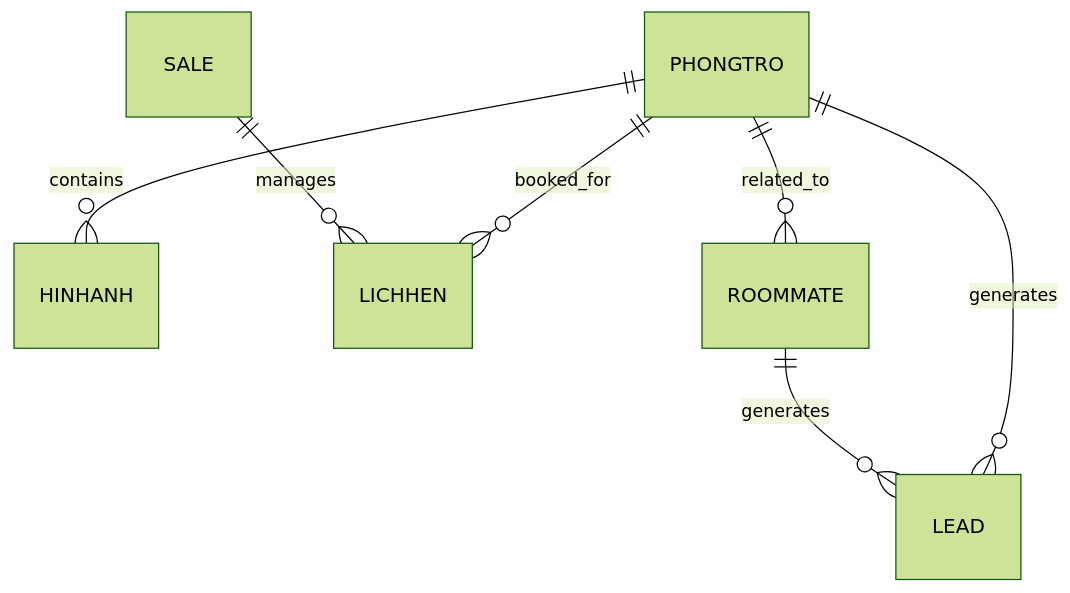
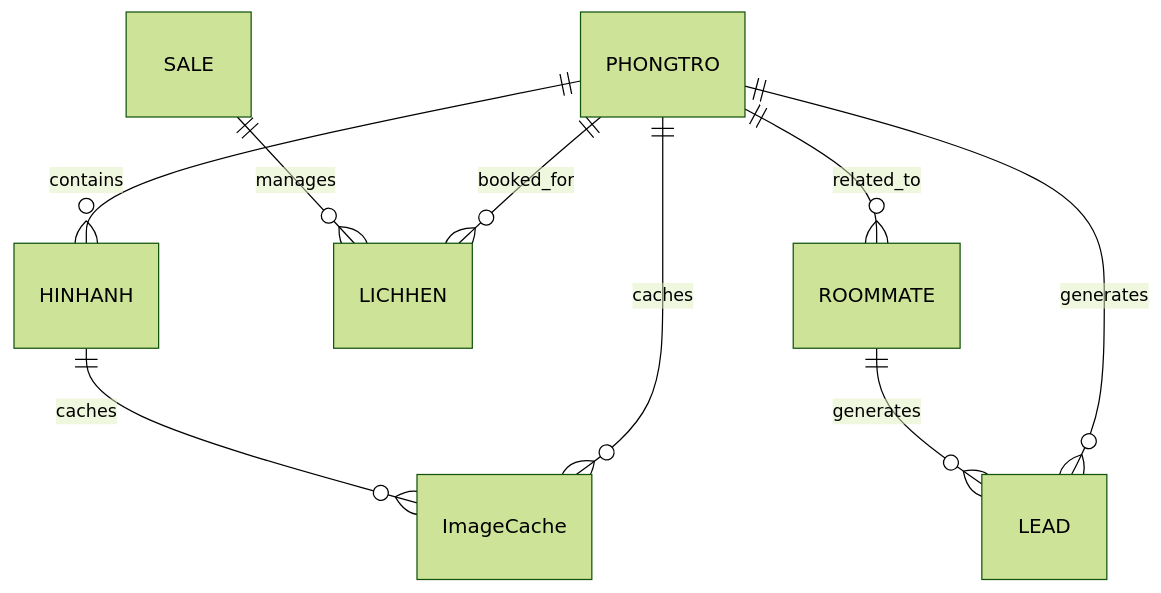
The diagram in docs/database_structure.md (ryantr-statinops/HomeMatch), drawn with Mermaid (forest theme) before and after one commit. The commit also changed other lines of this file and 4 other files, not shown here.

Commit message:
docs: update docs for Supabase migration (add ImageCache, update architecture)

````diff
--- a/docs/database_structure.md
+++ b/docs/database_structure.md
@@ -34,12 +35,15 @@
 ```mermaid
 erDiagram
 
     PHONGTRO ||--o{ HINHANH : contains
     PHONGTRO ||--o{ LICHHEN : booked_for
     PHONGTRO ||--o{ ROOMMATE : related_to
+    PHONGTRO ||--o{ ImageCache : caches
+
+    HINHANH ||--o{ ImageCache : caches
 
     SALE ||--o{ LICHHEN : manages
 
     PHONGTRO ||--o{ LEAD : generates
     ROOMMATE ||--o{ LEAD : generates
 ```
````
